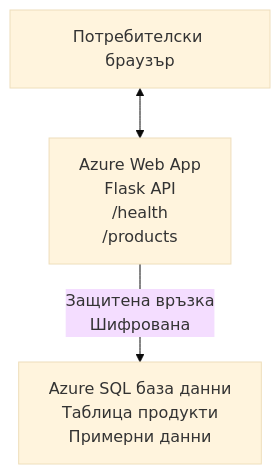
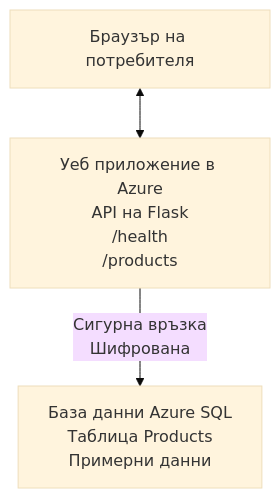
One commit to microsoft/AZD-for-beginners changed the diagram in translations/bg/examples/database-app/README.md. Above: the diagram before and after it, drawn with Mermaid (base theme). The commit also changed other lines of this file and 104 other files, not shown here.

````diff
--- a/translations/bg/examples/database-app/README.md
+++ b/translations/bg/examples/database-app/README.md
@@ -72,5 +72,5 @@
 ```mermaid
 graph TD
-    Browser[Потребителски браузър] <--> WebApp[Azure Web App<br/>Flask API<br/>/health<br/>/products]
-    WebApp -- Защитена връзка<br/>Шифрована --> SQL[Azure SQL база данни<br/>Таблица продукти<br/>Примерни данни]
+    Browser[Браузър на потребителя] <--> WebApp[Уеб приложение в Azure<br/>API на Flask<br/>/health<br/>/products]
+    WebApp -- Сигурна връзка<br/>Шифрована --> SQL[База данни Azure SQL<br/>Таблица Products<br/>Примерни данни]
 ```
````
